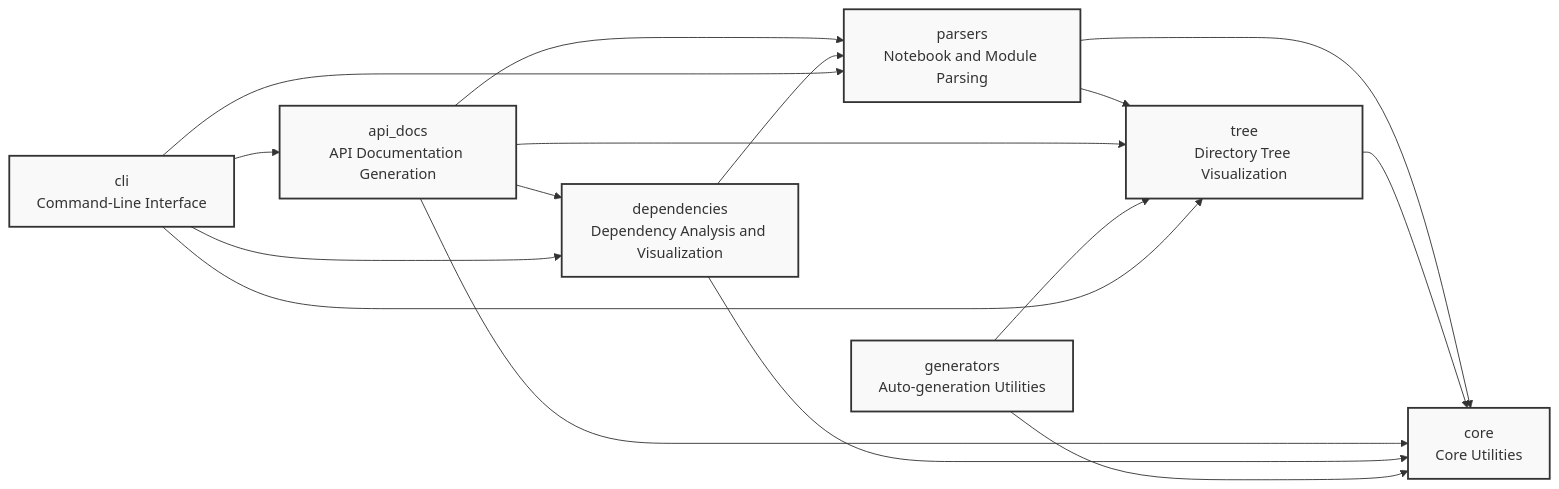
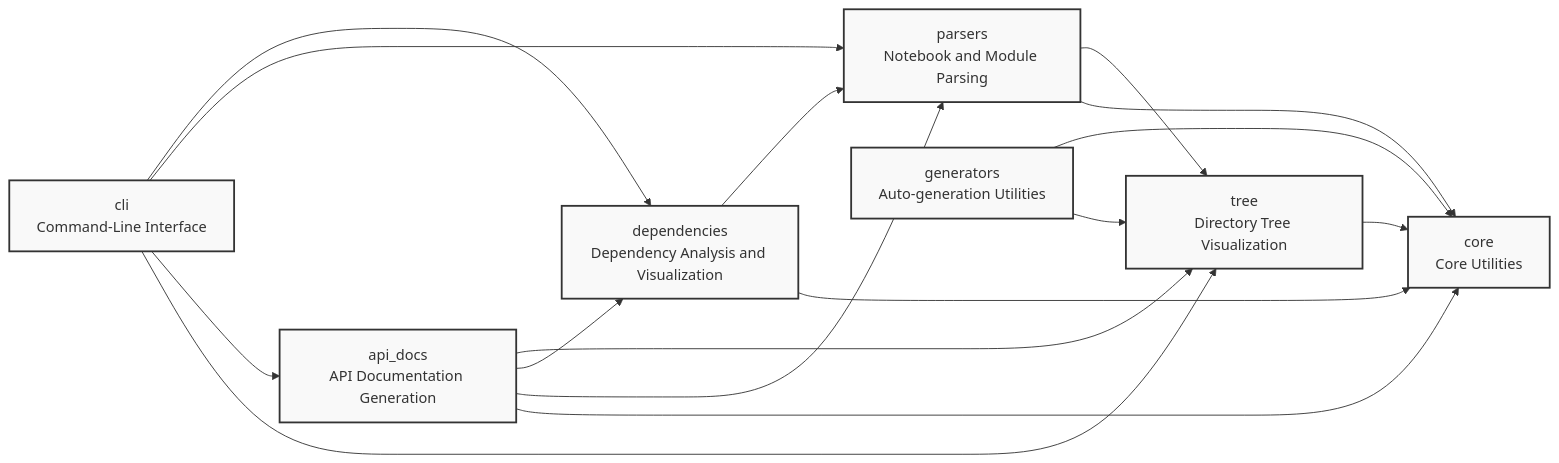
Before and after one commit to cj-mills/cjm-nbdev-overview: the diagram in README.md, drawn with Mermaid. The commit also changed other lines of this file and 7 other files, not shown here.

````diff
--- a/README.md
+++ b/README.md
@@ -120,28 +119,28 @@
 ``` mermaid
 graph LR
     core[core<br/>Core Utilities]
     parsers[parsers<br/>Notebook and Module Parsing]
     tree[tree<br/>Directory Tree Visualization]
     api_docs[api_docs<br/>API Documentation Generation]
     dependencies[dependencies<br/>Dependency Analysis and Visualization]
     generators[generators<br/>Auto-generation Utilities]
     cli[cli<br/>Command-Line Interface]
 
     parsers --> core
     parsers --> tree
     tree --> core
+    api_docs --> core
     api_docs --> parsers
-    api_docs --> core
+    api_docs --> dependencies
     api_docs --> tree
-    api_docs --> dependencies
     dependencies --> core
     dependencies --> parsers
+    generators --> tree
     generators --> core
-    generators --> tree
     cli --> tree
-    cli --> dependencies
     cli --> api_docs
     cli --> parsers
+    cli --> dependencies
 
     classDef default fill:#f9f9f9,stroke:#333,stroke-width:2px
 ```
````
